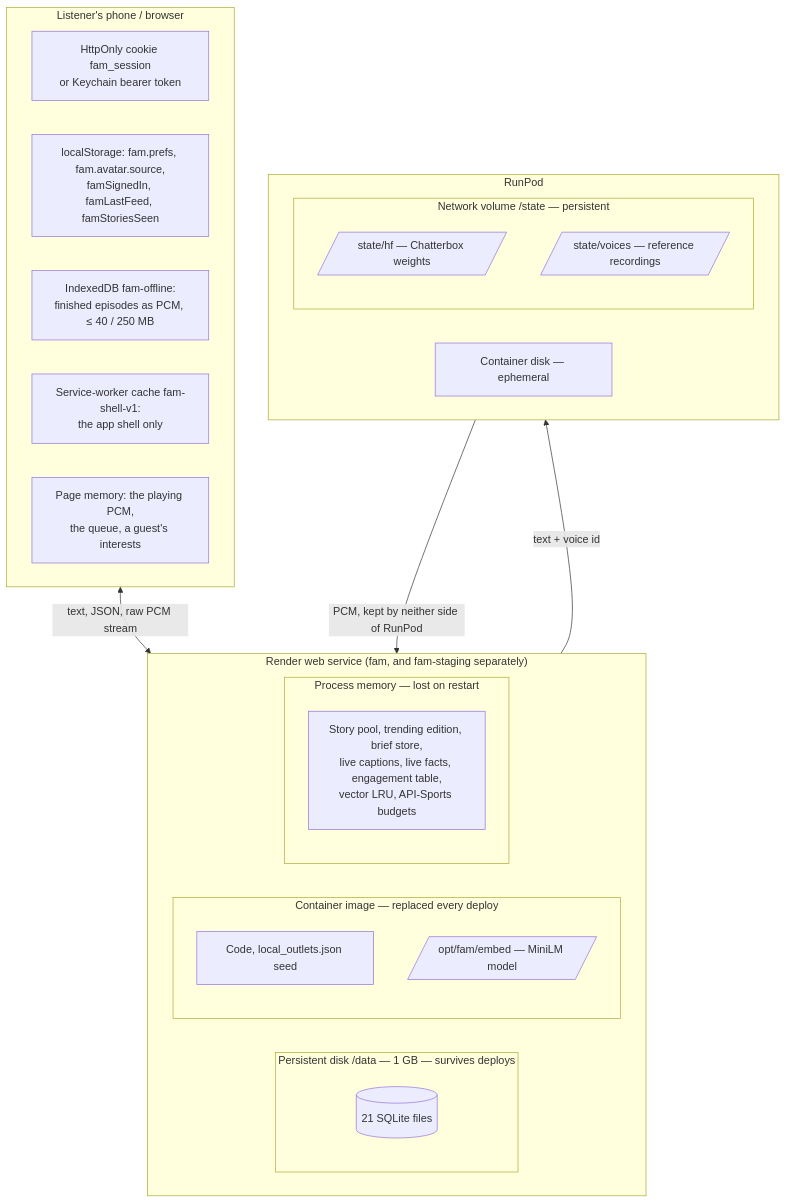
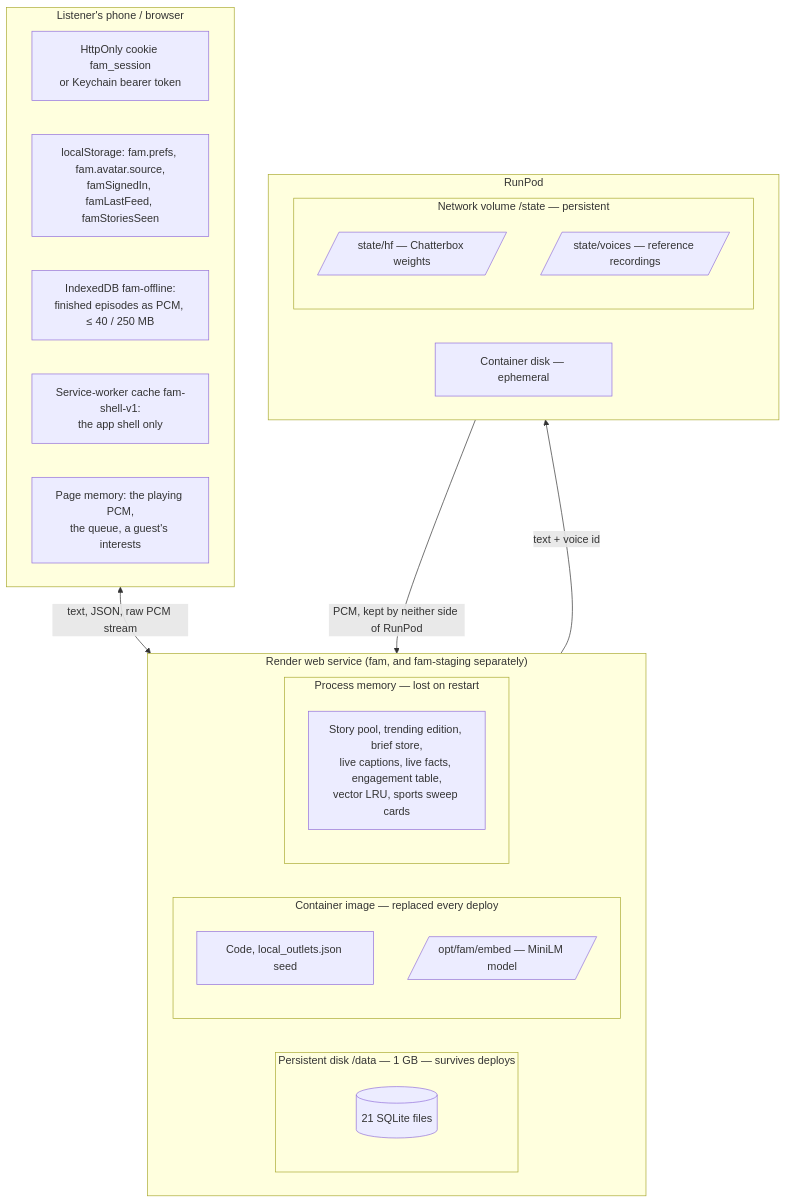
Before and after one commit to tjweingart-byte/FAM: the first of 3 diagrams in docs/DATA.md, drawn with Mermaid. The commit also changed other lines of this file and 61 other files, not shown here.

````diff
--- a/docs/DATA.md
+++ b/docs/DATA.md
@@ -33,32 +33,32 @@
 ```mermaid
 flowchart TB
   subgraph Client["Listener's phone / browser"]
     C1[HttpOnly cookie fam_session<br/>or Keychain bearer token]
     C2[localStorage: fam.prefs, fam.avatar.source,<br/>famSignedIn, famLastFeed, famStoriesSeen]
     C3[IndexedDB fam-offline:<br/>finished episodes as PCM, ≤ 40 / 250 MB]
     C4[Service-worker cache fam-shell-v1:<br/>the app shell only]
     C5[Page memory: the playing PCM,<br/>the queue, a guest's interests]
   end
   subgraph Render["Render web service (fam, and fam-staging separately)"]
     subgraph Disk["Persistent disk /data — 1 GB — survives deploys"]
       D1[(21 SQLite files)]
     end
     subgraph Image["Container image — replaced every deploy"]
       I1[Code, local_outlets.json seed]
       I2[/opt/fam/embed — MiniLM model/]
     end
     subgraph Mem["Process memory — lost on restart"]
-      M1[Story pool, trending edition, brief store,<br/>live captions, live facts, engagement table,<br/>vector LRU, API-Sports budgets]
+      M1[Story pool, trending edition, brief store,<br/>live captions, live facts, engagement table,<br/>vector LRU, sports sweep cards]
     end
   end
   subgraph RunPod
     subgraph Vol["Network volume /state — persistent"]
       R1[/state/hf — Chatterbox weights/]
       R2[/state/voices — reference recordings/]
     end
     R3[Container disk — ephemeral]
   end
   Client <-- "text, JSON, raw PCM stream" --> Render
   Render -- "text + voice id" --> RunPod
   RunPod -- "PCM, kept by neither side of RunPod" --> Render
 ```
````
